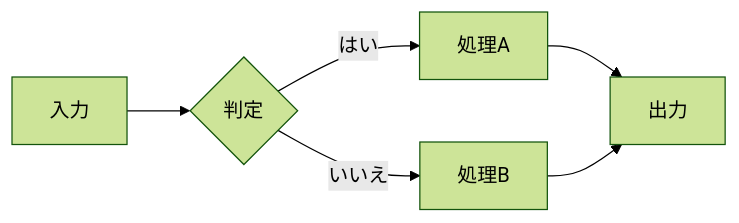
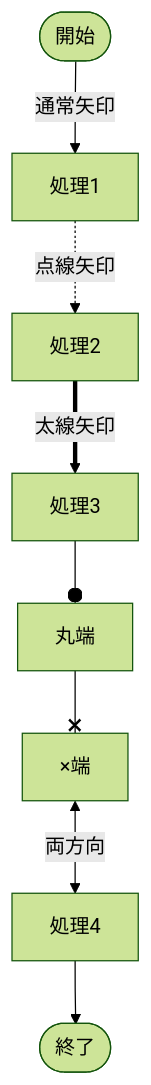
The second of 23 diagrams in tests/demo_full.qmd (notfolder/qmd_to_pptx), drawn with Mermaid (forest theme) before and after one commit. The commit also changed other lines of this file and 13 other files, not shown here.

First line of the commit message:
Add Mermaid flowchart examples and unit tests for FlowchartRenderer

````diff
--- a/tests/demo_full.qmd
+++ b/tests/demo_full.qmd
@@ -76,8 +95,10 @@
 ```mermaid
-flowchart LR
-    A[入力] --> B{判定}
-    B -- はい --> C[処理A]
-    B -- いいえ --> D[処理B]
-    C --> E[出力]
-    D --> E
+flowchart TD
+    A([開始]) -->|通常矢印| B[処理1]
+    B -.->|点線矢印| C[処理2]
+    C ==>|太線矢印| D[処理3]
+    D --o E[丸端]
+    E --x F[×端]
+    F <-->|両方向| G[処理4]
+    G --> H([終了])
 ```
````
